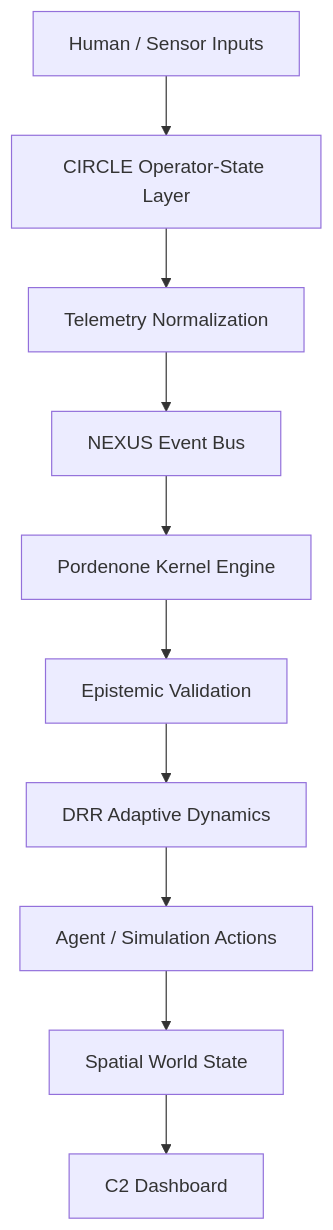
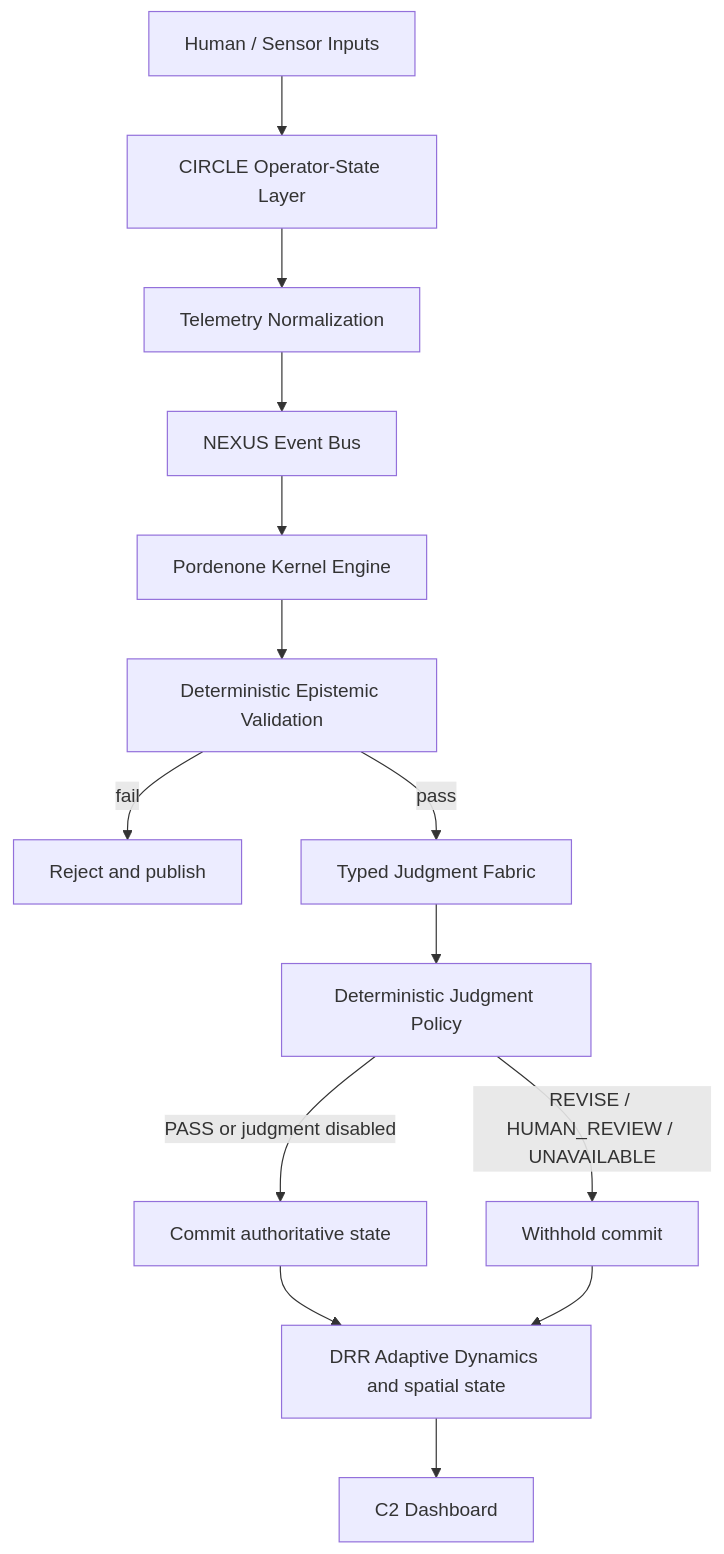
One commit to topherchris420/resonate-ai-mesh changed the diagram in docs/architecture.md. Above: the diagram before and after it, drawn with Mermaid. The commit also changed other lines of this file and 43 other files, not shown here.

First line of the commit message:
Add a provider-neutral typed judgment fabric.

````diff
--- a/docs/architecture.md
+++ b/docs/architecture.md
@@ -7,12 +7,16 @@
 ```mermaid
 graph TD
     A[Human / Sensor Inputs] --> B[CIRCLE Operator-State Layer]
     B --> C[Telemetry Normalization]
     C --> D[NEXUS Event Bus]
     D --> E[Pordenone Kernel Engine]
-    E --> F[Epistemic Validation]
-    F --> G[DRR Adaptive Dynamics]
-    G --> H[Agent / Simulation Actions]
-    H --> I[Spatial World State]
-    I --> J[C2 Dashboard]
+    E --> F[Deterministic Epistemic Validation]
+    F -->|fail| R[Reject and publish]
+    F -->|pass| TJ[Typed Judgment Fabric]
+    TJ --> P[Deterministic Judgment Policy]
+    P -->|PASS or judgment disabled| G[Commit authoritative state]
+    P -->|REVISE / HUMAN_REVIEW / UNAVAILABLE| W[Withhold commit]
+    G --> H[DRR Adaptive Dynamics and spatial state]
+    W --> H
+    H --> J[C2 Dashboard]
 ```
````
